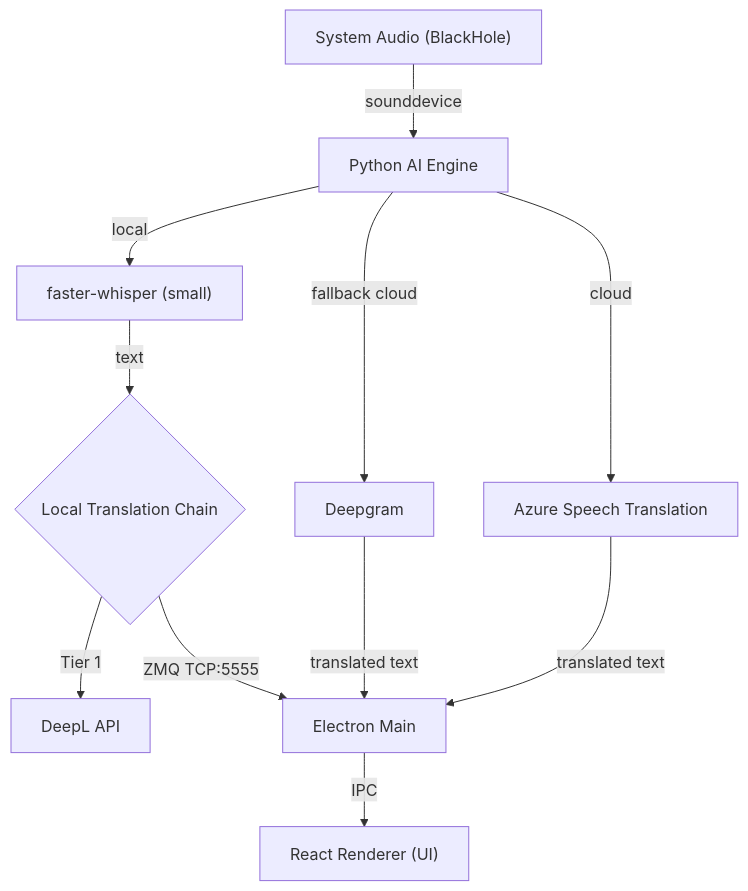
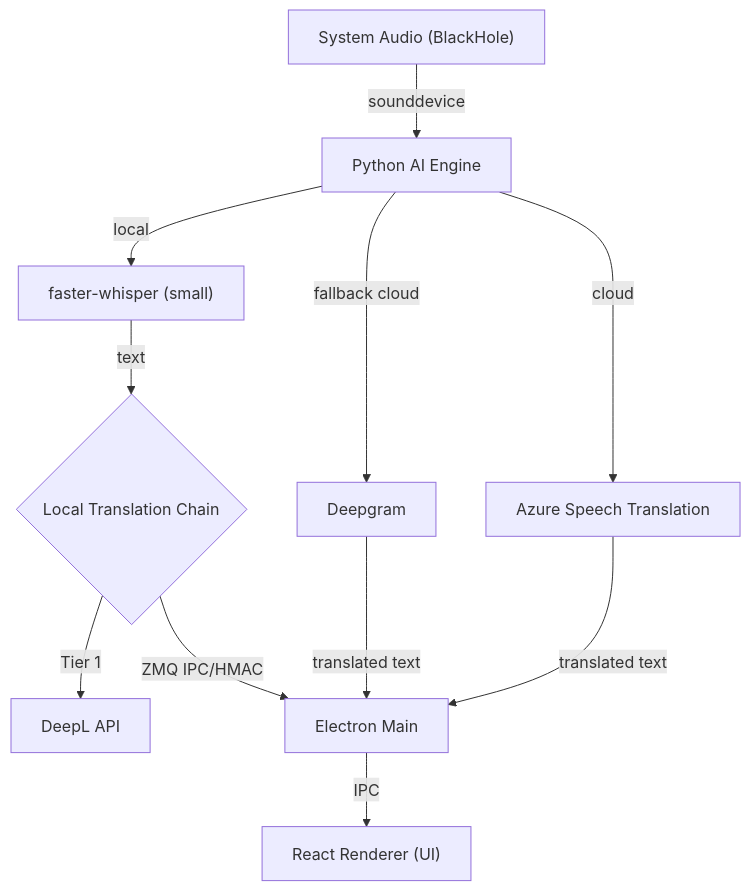
One commit to senoldogann/Live-Translate changed the diagram in README.md. Above: the diagram before and after it, drawn with Mermaid. The commit also changed 8 other files, not shown here.

````diff
--- a/README.md
+++ b/README.md
@@ -71,13 +71,13 @@
 ```mermaid
 graph TD
     Audio["System Audio (BlackHole)"] -->|sounddevice| PyEngine["Python AI Engine"]
     PyEngine -->|cloud| Azure["Azure Speech Translation"]
     PyEngine -->|fallback cloud| Deepgram["Deepgram"]
     PyEngine -->|local| Whisper["faster-whisper (small)"]
     Whisper -->|text| TranslationChain{"Local Translation Chain"}
     TranslationChain -->|"Tier 1"| DeepL["DeepL API"]
     Azure -->|translated text| Electron["Electron Main"]
     Deepgram -->|translated text| Electron
-    TranslationChain -->|ZMQ TCP:5555| Electron
+    TranslationChain -->|ZMQ IPC/HMAC| Electron
     Electron -->|IPC| React["React Renderer (UI)"]
 ```
````
